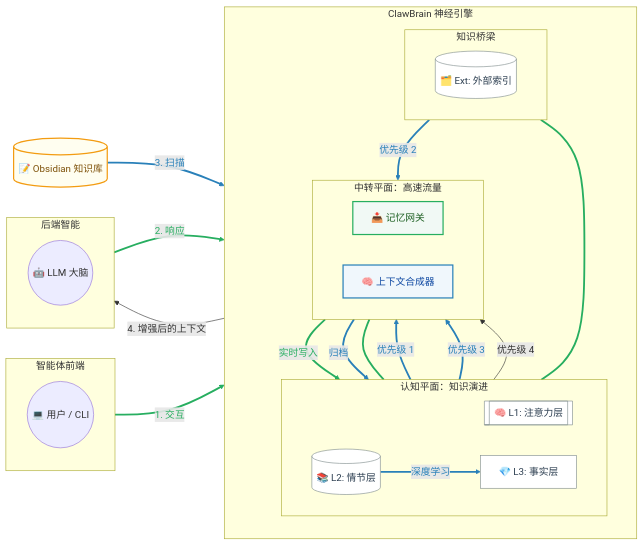
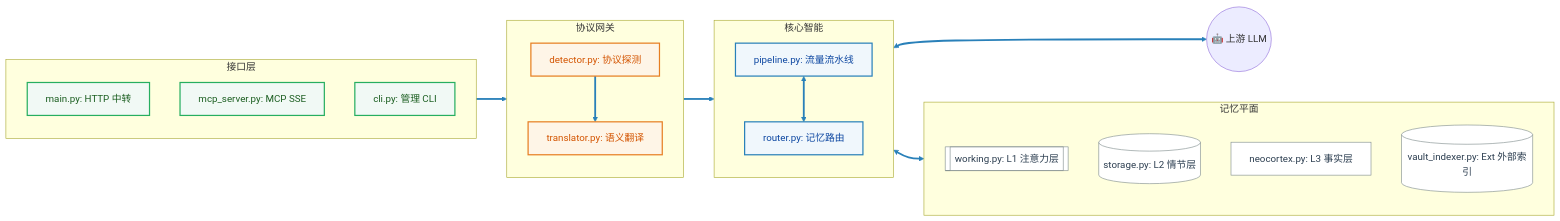
One commit to winnerineast/ClawBrain changed the diagram in README_CN.md. Above: the diagram before and after it, drawn with Mermaid. The commit also changed other lines of this file, not shown here.

Commit message:
docs: update architecture map and GitNexus context in Chinese README

````diff
--- a/README_CN.md
+++ b/README_CN.md
@@ -127,65 +127,45 @@
 ```mermaid
 flowchart LR
     %% 专业配色方案
-    classDef capture_node stroke:#27ae60,stroke-width:2px,fill:#f1f9f5,color:#1b5e20
-    classDef cognitive_node stroke:#2980b9,stroke-width:2px,fill:#f0f7fc,color:#0d47a1
-    classDef storage_node stroke:#7f8c8d,stroke-width:1px,fill:#ffffff,color:#2c3e50
-    classDef vault_node stroke:#f39c12,stroke-width:2px,fill:#fffef0,color:#7e5109
+    classDef interface_node stroke:#27ae60,stroke-width:2px,fill:#f1f9f5,color:#1b5e20
+    classDef gateway_node stroke:#e67e22,stroke-width:2px,fill:#fef5e7,color:#d35400
+    classDef core_node stroke:#2980b9,stroke-width:2px,fill:#f0f7fc,color:#0d47a1
+    classDef memory_node stroke:#7f8c8d,stroke-width:1px,fill:#ffffff,color:#2c3e50
 
-    %% 1. 水平布局
-    subgraph Left [智能体前端]
+    subgraph Ingress [接口层]
         direction TB
-        User((💻 用户 / CLI))
+        API[main.py: HTTP 中转]:::interface_node
+        MCP[mcp_server.py: MCP SSE]:::interface_node
+        CLI[cli.py: 管理 CLI]:::interface_node
     end
 
-    subgraph Center [ClawBrain 神经引擎]
+    subgraph Gateway [协议网关]
         direction TB
-        
-        subgraph RelayPlane [中转平面：高速流量]
-            direction LR
-            Ingest[📥 记忆网关]:::capture_node
-            Assemble[🧠 上下文合成器]:::cognitive_node
-        end
-
-        subgraph MemoryPlane [认知平面：知识演进]
-            direction LR
-            L1[[🧠 L1: 注意力层]]:::storage_node
-            L2[(📚 L2: 情节层)]:::storage_node
-            L3[💎 L3: 事实层]:::storage_node
-        end
-
-        subgraph KnowledgePlane [知识桥梁]
-            direction LR
-            Ext[(🗂️ Ext: 外部索引)]:::storage_node
-        end
-
-        %% 结构对齐（不可见）
-        RelayPlane ~~~ MemoryPlane ~~~ KnowledgePlane
+        Detector[detector.py: 协议探测]:::gateway_node
+        Translator[translator.py: 语义翻译]:::gateway_node
     end
 
-    subgraph Right [后端智能]
+    subgraph Intelligence [核心智能]
         direction TB
-        LLM((🤖 LLM 大脑))
+        Pipeline[pipeline.py: 流量流水线]:::core_node
+        Router[router.py: 记忆路由]:::core_node
     end
 
-    Vault[(📝 Obsidian 知识库)]:::vault_node
+    subgraph Storage [记忆平面]
+        direction TB
+        L1[[working.py: L1 注意力层]]:::memory_node
+        L2[(storage.py: L2 情节层)]:::memory_node
+        L3[neocortex.py: L3 事实层]:::memory_node
+        Ext[(vault_indexer.py: Ext 外部索引)]:::memory_node
+    end
 
-    %% --- 流程 1: 记忆捕获 (绿色) ---
-    User -- "1. 交互" --> Ingest
-    LLM -- "2. 响应" --> Ingest
-    Ingest -- "实时写入" --> L1
-    Ingest -- "归档" --> L2
-    Vault -- "3. 扫描" --> Ext
-
-    %% --- 流程 2: 认知优化 (蓝色) ---
-    L2 -- "深度学习" --> L3
-    L3 -- "优先级 1" --> Assemble
-    Ext -- "优先级 2" --> Assemble
-    L1 -- "优先级 3" --> Assemble
-    L2 -- "优先级 4" --> Assemble
-    Assemble -- "4. 增强后的上下文" --> LLM
+    Ingress --> Detector
+    Detector --> Translator
+    Translator --> Pipeline
+    Pipeline <--> Router
+    Router <--> Storage
+    Pipeline <--> LLM((🤖 上游 LLM))
 
     %% 连线专业样式
-    linkStyle 0,1,2,3,4 stroke:#27ae60,stroke-width:3px,color:#27ae60
-    linkStyle 5,6,7,8,9,10 stroke:#2980b9,stroke-width:3px,color:#2980b9
+    linkStyle 0,1,2,3,4,5 stroke:#2980b9,stroke-width:3px,color:#2980b9
 ```
````
